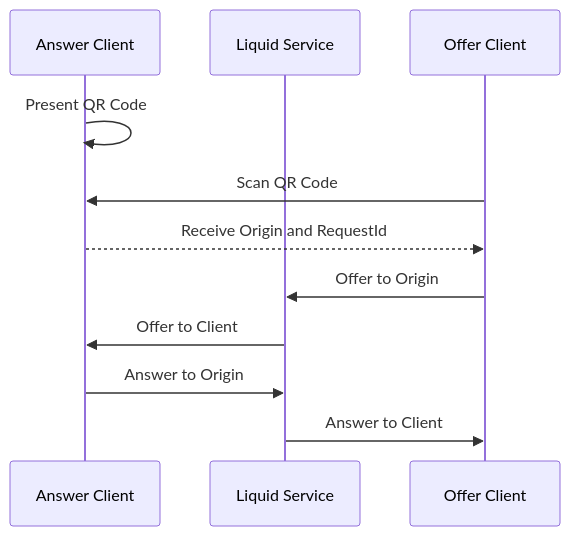
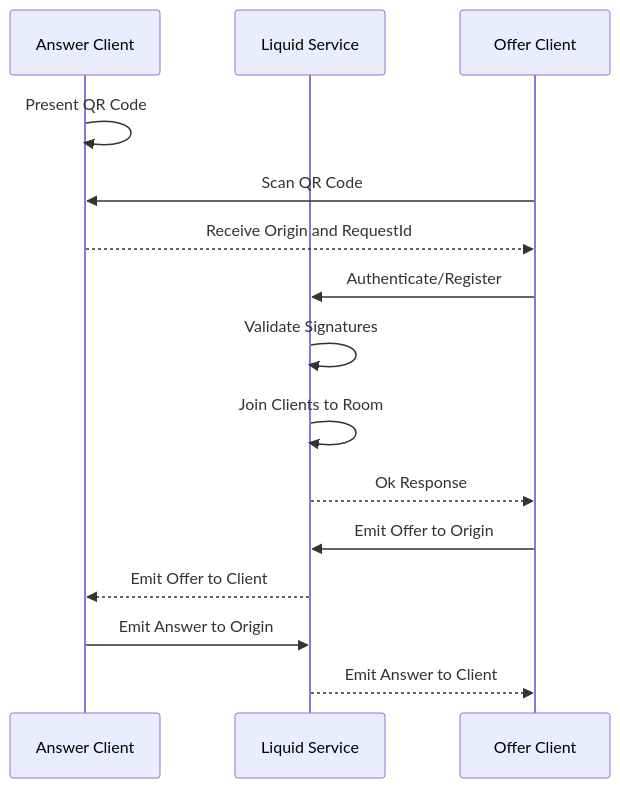
Before and after one commit to PhearZero/liquid-auth: the first of 3 diagrams in docs/src/content/docs/guides/Peer to Peer/exchange.mdx, drawn with Mermaid. The commit also changed other lines of this file and 26 other files, not shown here.

````diff
--- a/docs/src/content/docs/guides/Peer to Peer/exchange.mdx
+++ b/docs/src/content/docs/guides/Peer to Peer/exchange.mdx
@@ -13,13 +15,17 @@
 ```mermaid
 sequenceDiagram
     participant A as Answer Client
     participant C as Liquid Service
     participant B as Offer Client
     A->>A: Present QR Code
     B->>A: Scan QR Code
     A-->>B: Receive Origin and RequestId
-    B->>C: Offer to Origin
-    C->>A: Offer to Client
-    A->>C: Answer to Origin
-    C->>B: Answer to Client
+    B->>C: Authenticate/Register
+    C->>C: Validate Signatures
+    C->>C: Join Clients to Room
+    C-->>B: Ok Response
+    B->>C: Emit Offer to Origin
+    C-->>A: Emit Offer to Client
+    A->>C: Emit Answer to Origin
+    C-->>B: Emit Answer to Client
 ```
````
